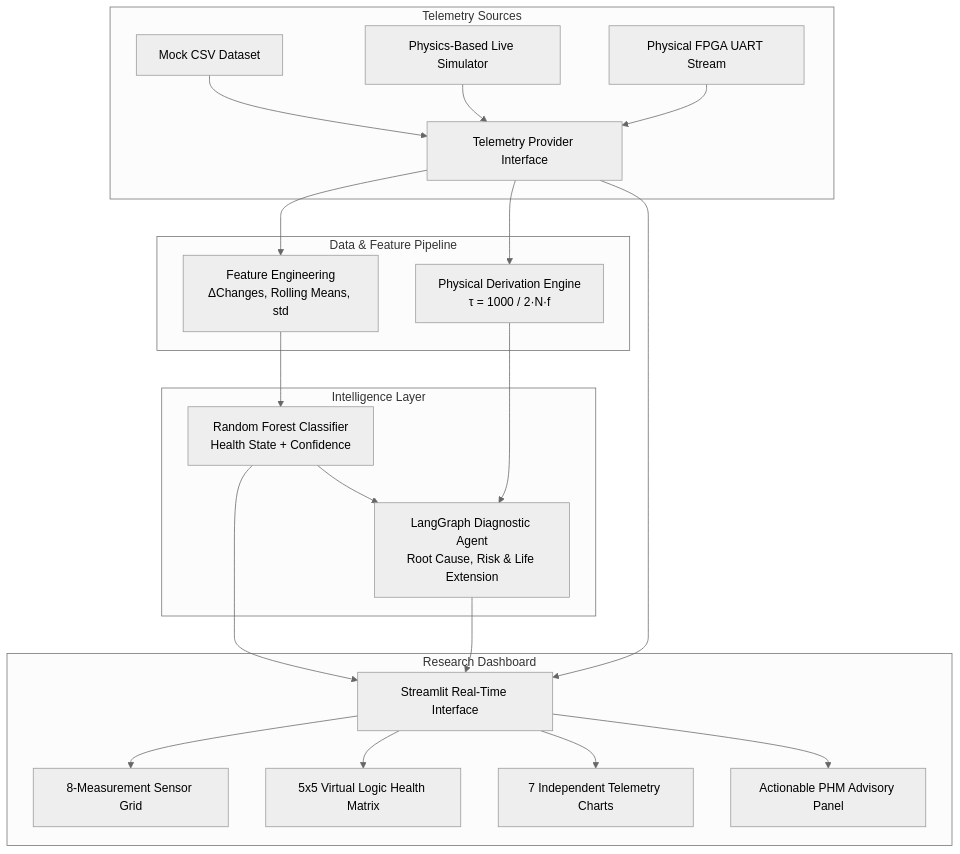
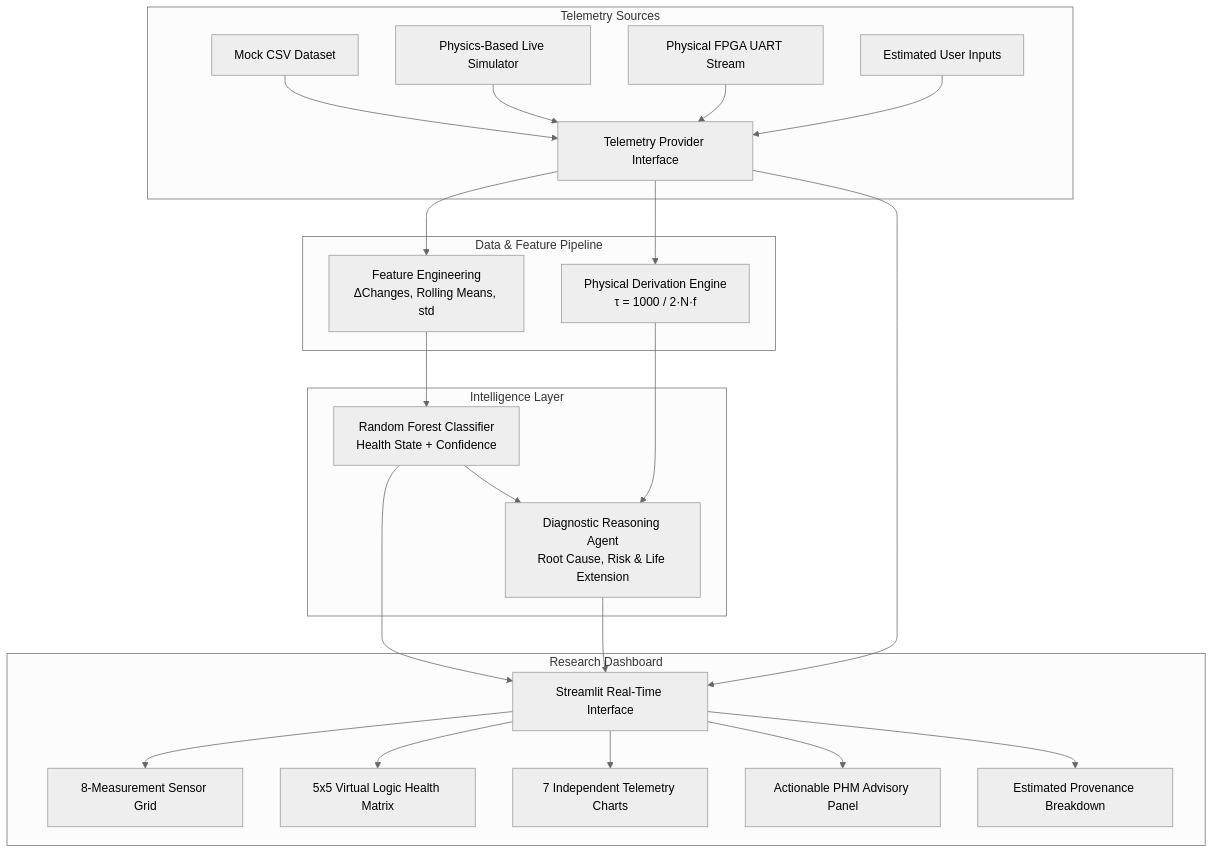
One commit to DarkWolfHunter007/FPGA changed the diagram in startup.md. Above: the diagram before and after it, drawn with Mermaid (neutral theme). The commit also changed other lines of this file and 21 other files, not shown here.

````diff
--- a/startup.md
+++ b/startup.md
@@ -14,29 +14,31 @@
 ```mermaid
 graph TD
     subgraph Telemetry Sources
         A1[Mock CSV Dataset] --> S[Telemetry Provider Interface]
         A2[Physics-Based Live Simulator] --> S
         A3[Physical FPGA UART Stream] --> S
+        A4[Estimated User Inputs] --> S
     end
 
     subgraph Data & Feature Pipeline
         S --> F[Feature Engineering<br/>ΔChanges, Rolling Means, std]
         S --> C[Physical Derivation Engine<br/>τ = 1000 / 2·N·f]
     end
 
     subgraph Intelligence Layer
         F --> ML[Random Forest Classifier<br/>Health State + Confidence]
-        ML --> LG[LangGraph Diagnostic Agent<br/>Root Cause, Risk & Life Extension]
+        ML --> LG[Diagnostic Reasoning Agent<br/>Root Cause, Risk & Life Extension]
         C --> LG
     end
 
     subgraph Research Dashboard
         ML --> UI[Streamlit Real-Time Interface]
         LG --> UI
         S --> UI
         UI --> M1[8-Measurement Sensor Grid]
         UI --> M2[5x5 Virtual Logic Health Matrix]
         UI --> M3[7 Independent Telemetry Charts]
         UI --> M4[Actionable PHM Advisory Panel]
+        UI --> M5[Estimated Provenance Breakdown]
     end
 ```
````
